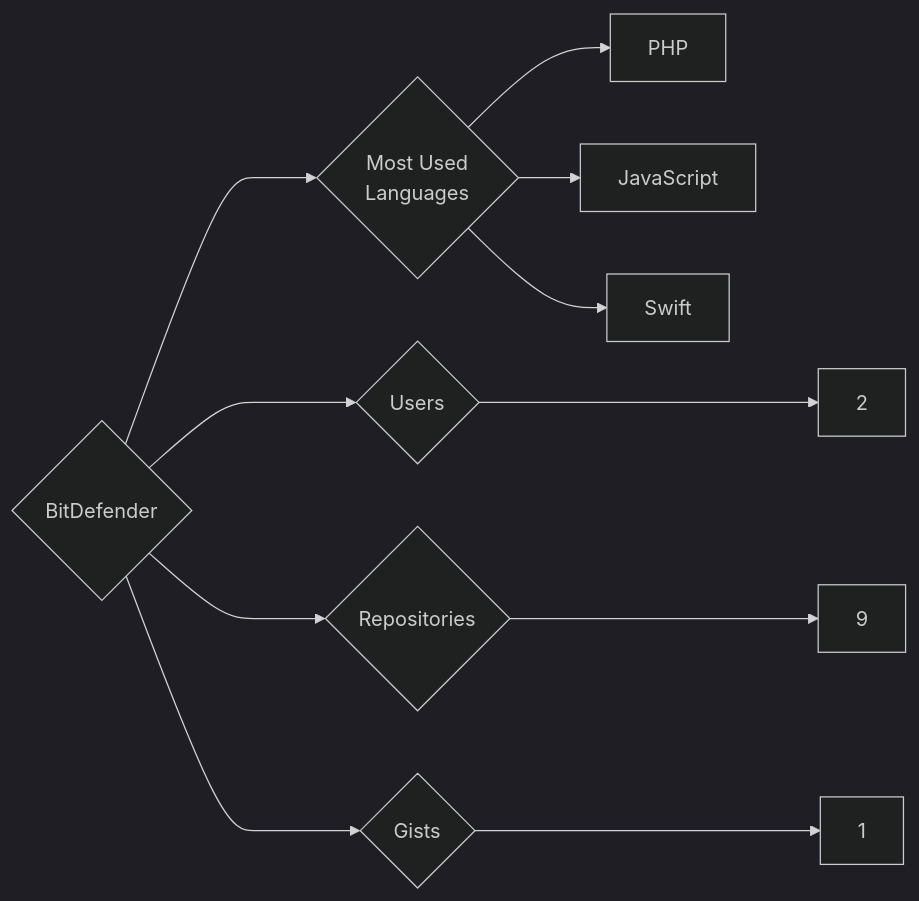
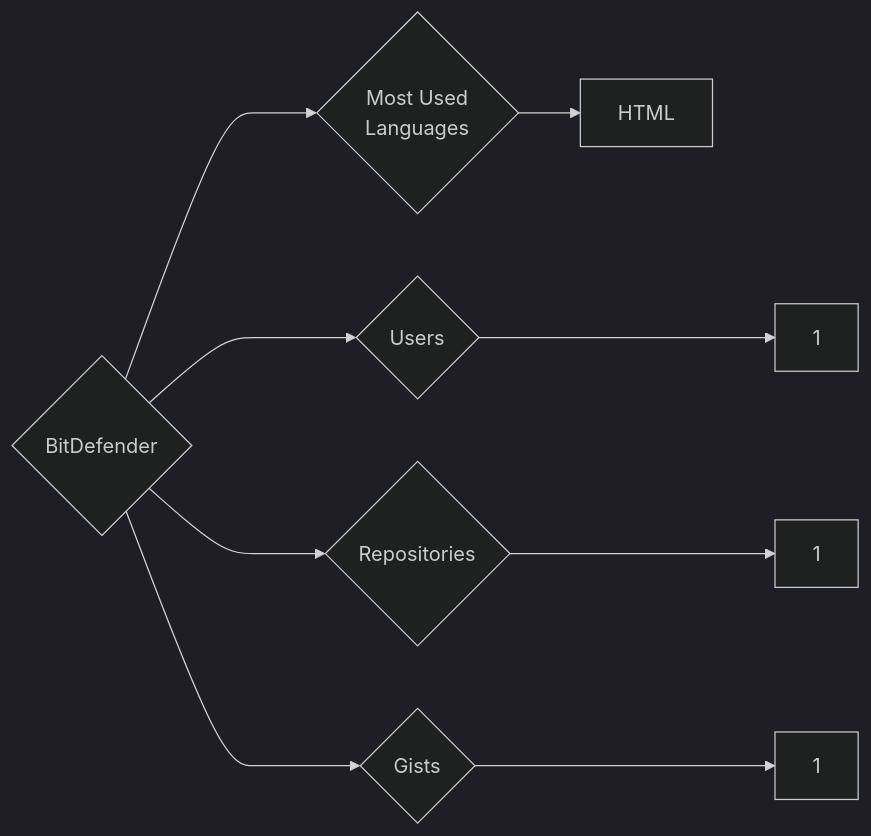
The diagram in targets/BitDefender/README.md (trickest/insiders), drawn with Mermaid (dark theme) before and after one commit. The commit also changed 1036 other files, not shown here.

````diff
--- a/targets/BitDefender/README.md
+++ b/targets/BitDefender/README.md
@@ -3,11 +3,9 @@
 ```mermaid
 graph LR
 COMPANY_NAME{BitDefender}
-COMPANY_NAME ---> U{Users} ---> UN[2]
-COMPANY_NAME ---> R{Repositories} ---> RN[9]
+COMPANY_NAME ---> U{Users} ---> UN[1]
+COMPANY_NAME ---> R{Repositories} ---> RN[1]
 COMPANY_NAME ---> G{Gists} ---> GN[1]
 COMPANY_NAME ---> ML{Most Used<br>Languages}
-ML --> PHP[PHP]
-ML --> JavaScript[JavaScript]
-ML --> Swift[Swift]
+ML --> HTML[HTML]
 ```
````
